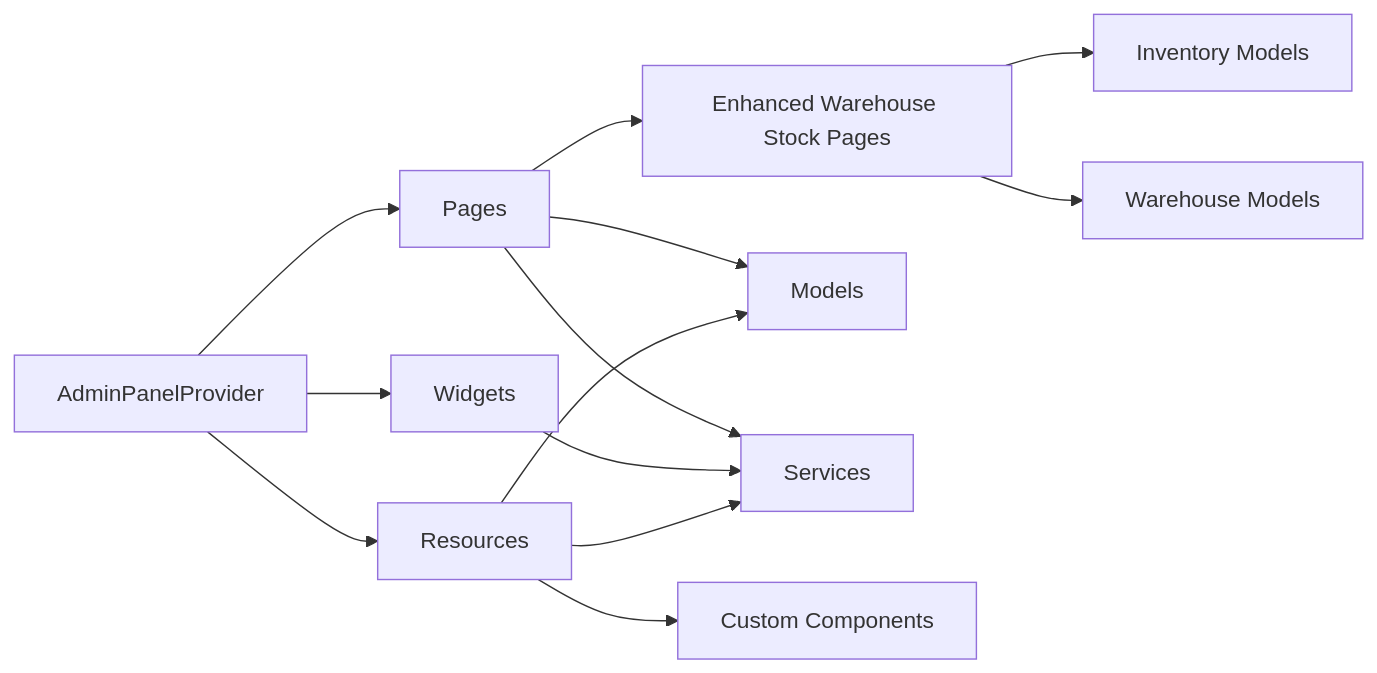
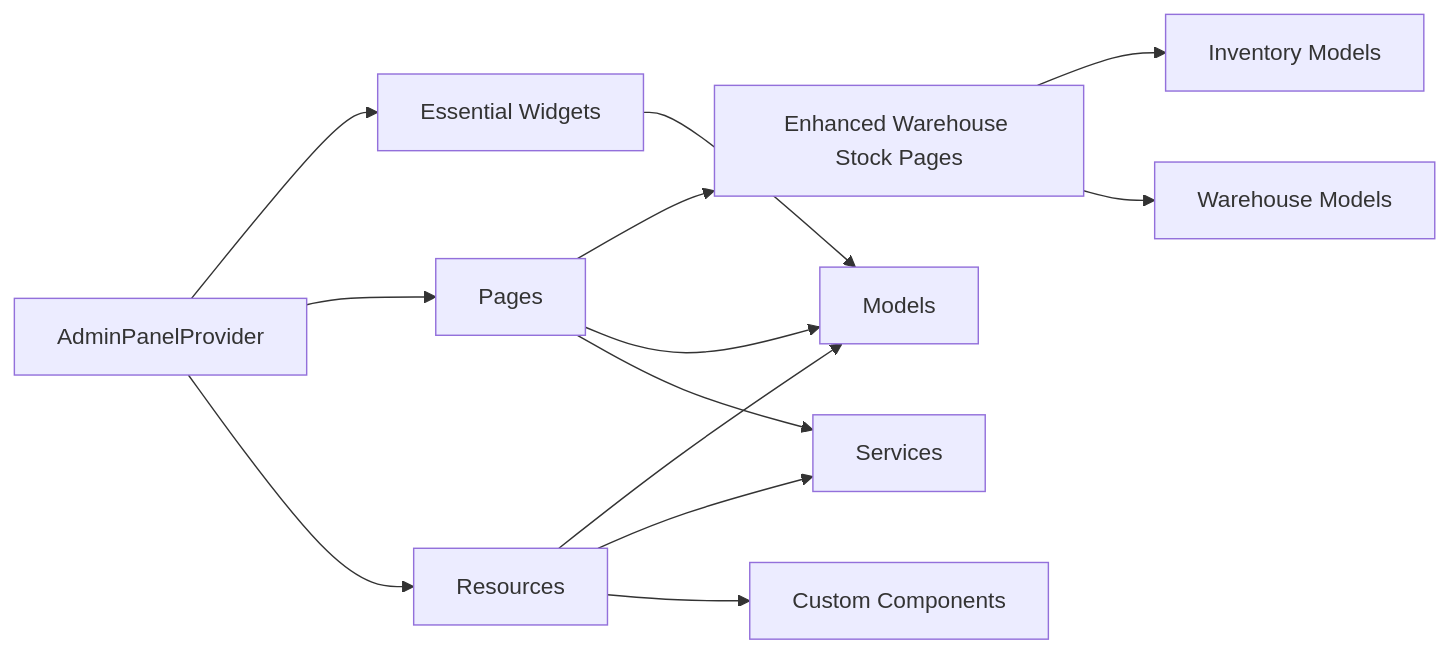
One commit to Dikksap/laravel_RsvHelmet changed diagram 17 of 18 in .qoder/repowiki/en/content/Filament Admin Panel/Filament Admin Panel.md. Above: the diagram before and after it, drawn with Mermaid. The commit also changed other lines of this file and 13 other files, not shown here.

````diff
--- a/.qoder/repowiki/en/content/Filament Admin Panel/Filament Admin Panel.md
+++ b/.qoder/repowiki/en/content/Filament Admin Panel/Filament Admin Panel.md
@@ -628,15 +627,15 @@
 ```mermaid
 graph LR
-Provider["AdminPanelProvider"] --> Widgets["Widgets"]
+Provider["AdminPanelProvider"] --> Widgets["Essential Widgets"]
 Provider --> Pages["Pages"]
 Provider --> Resources["Resources"]
 Pages --> WarehousePages["Enhanced Warehouse Stock Pages"]
 WarehousePages --> InventoryModels["Inventory Models"]
 WarehousePages --> WarehouseModels["Warehouse Models"]
 Resources --> Models["Models"]
 Resources --> Services["Services"]
 Resources --> Components["Custom Components"]
-Widgets --> Services
+Widgets --> Models
 Pages --> Models
 Pages --> Services
 ```
````
